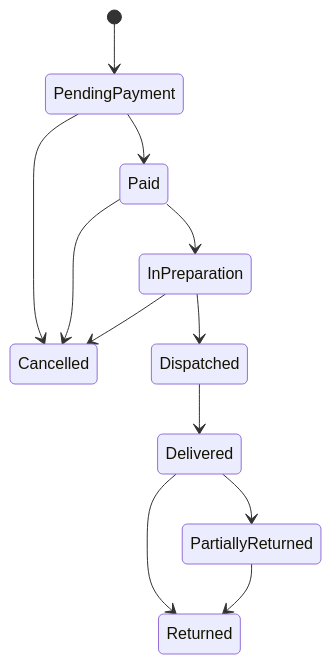
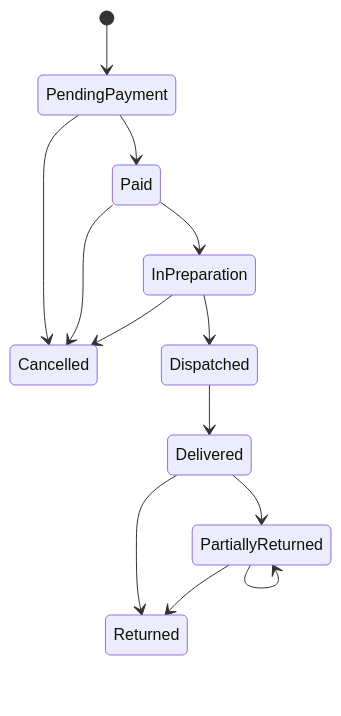
Before and after one commit to RedeArmy/bakery-shopcart-ecommerce: the third of 3 diagrams in README.en.md, drawn with Mermaid. The commit also changed other lines of this file and 28 other files, not shown here.

First line of the commit message:
docs: verify the delivery with Postman, align the architecture and rename the bakery (#42)

````diff
--- a/README.en.md
+++ b/README.en.md
@@ -90,14 +135,15 @@
 ```mermaid
 stateDiagram-v2
   [*] --> PendingPayment
   PendingPayment --> Paid
   PendingPayment --> Cancelled
   Paid --> InPreparation
   Paid --> Cancelled
   InPreparation --> Dispatched
   InPreparation --> Cancelled
   Dispatched --> Delivered
   Delivered --> PartiallyReturned
   Delivered --> Returned
+  PartiallyReturned --> PartiallyReturned
   PartiallyReturned --> Returned
 ```
````
